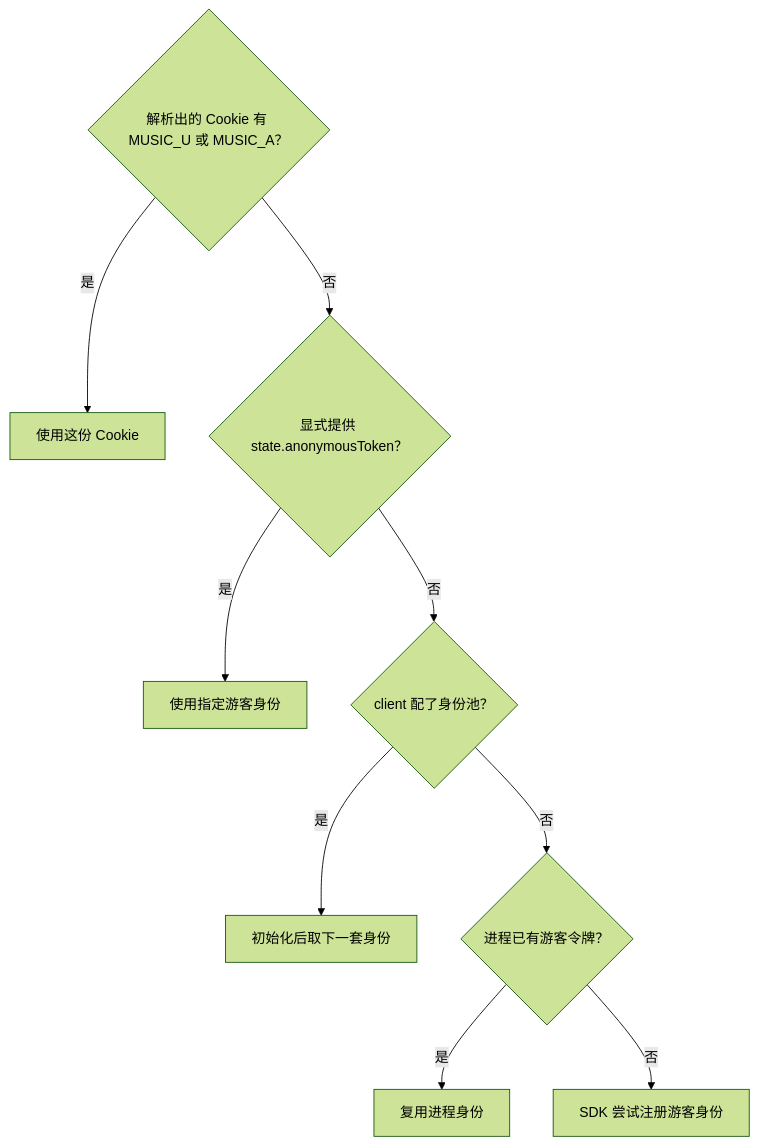
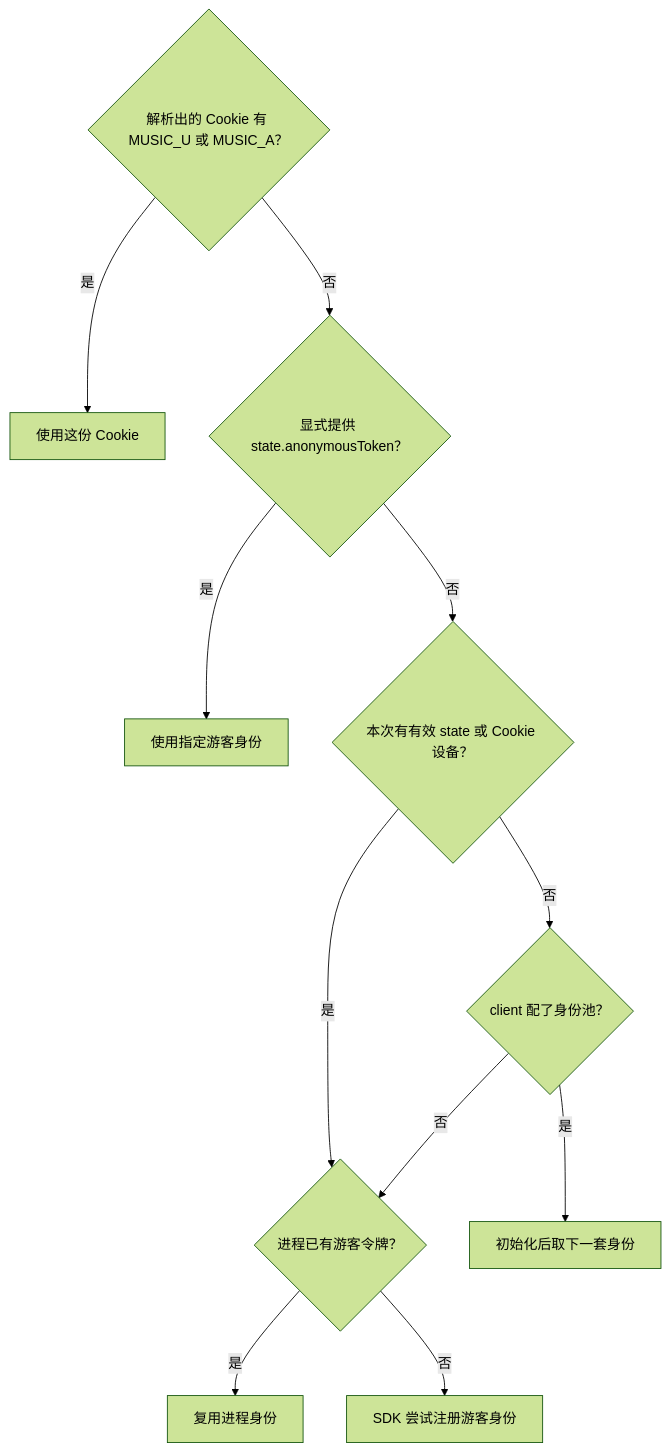
The diagram in website/guide/runtime-identity.md (nonhana/hana-music-api), drawn with Mermaid (forest theme) before and after one commit. The commit also changed other lines of this file and 604 other files, not shown here.

````diff
--- a/website/guide/runtime-identity.md
+++ b/website/guide/runtime-identity.md
@@ -23,11 +23,13 @@
 ```mermaid
 flowchart TD
   COOKIE{"解析出的 Cookie 有 MUSIC_U 或 MUSIC_A？"} -->|是| EXPLICIT["使用这份 Cookie"]
   COOKIE -->|否| STATE{"显式提供 state.anonymousToken？"}
   STATE -->|是| TOKEN["使用指定游客身份"]
-  STATE -->|否| POOL{"client 配了身份池？"}
+  STATE -->|否| DEVICE{"本次有有效 state 或 Cookie 设备？"}
+  DEVICE -->|是| RUNTIME
+  DEVICE -->|否| POOL{"client 配了身份池？"}
   POOL -->|是| NEXT["初始化后取下一套身份"]
   POOL -->|否| RUNTIME{"进程已有游客令牌？"}
   RUNTIME -->|是| REUSE["复用进程身份"]
   RUNTIME -->|否| REGISTER["SDK 尝试注册游客身份"]
 ```
````
